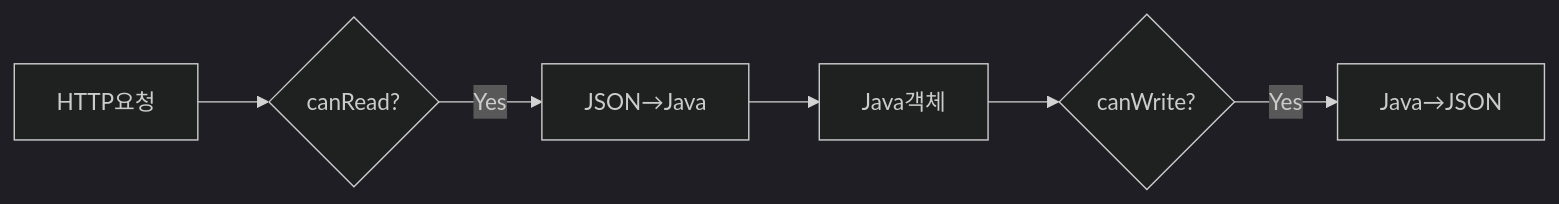
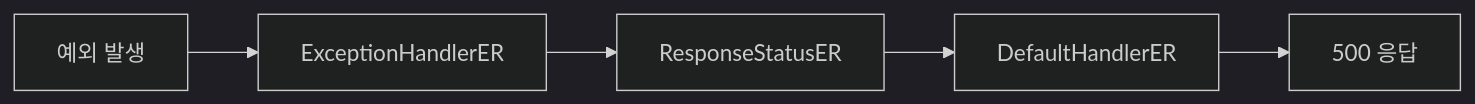
One commit to yjkim2015/yjkim2015.github.io changed the sixth of 12 diagrams in _posts/spring/2026-05-02-spring-mvc-deep.md. Above: the diagram before and after it, drawn with Mermaid (dark theme). The commit also changed other lines of this file and 4 other files, not shown here.

````diff
--- a/_posts/spring/2026-05-02-spring-mvc-deep.md
+++ b/_posts/spring/2026-05-02-spring-mvc-deep.md
@@ -612,8 +885,7 @@
 ```mermaid
 graph LR
-    A[HTTP요청] --> B{canRead?}
-    B -->|Yes| C[JSON→Java]
-    C --> D[Java객체]
-    D --> E{canWrite?}
-    E -->|Yes| F[Java→JSON]
+    A[예외 발생] --> B[ExceptionHandlerER]
+    B --> C[ResponseStatusER]
+    C --> D[DefaultHandlerER]
+    D --> E[500 응답]
 ```
````
